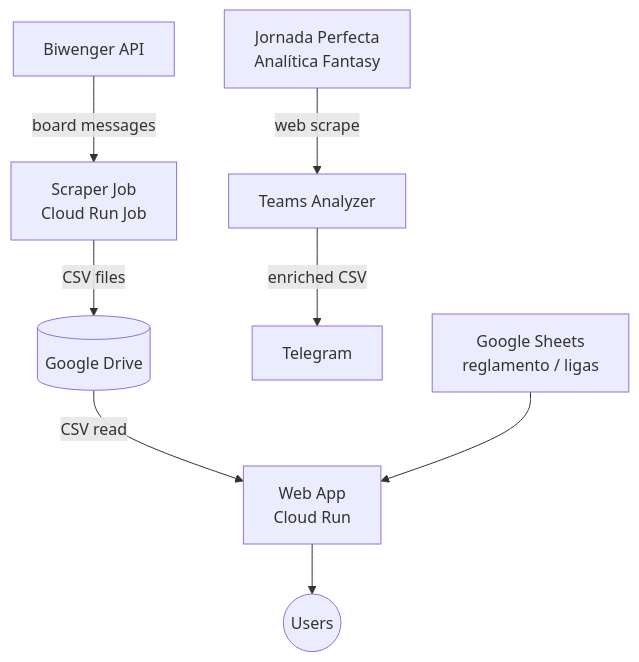
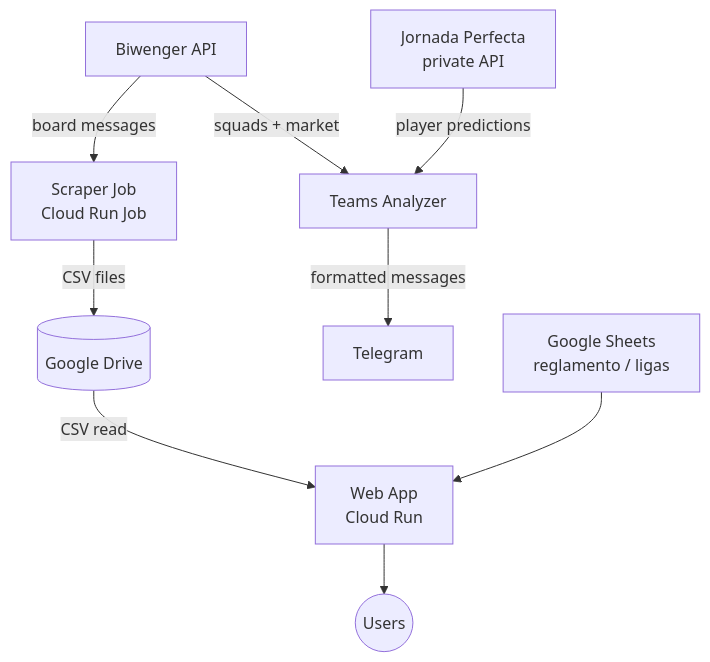
The diagram in README.md (jorgelillo7/lillorepo), drawn with Mermaid before and after one commit. The commit also changed other lines of this file and 61 other files, not shown here.

First line of the commit message:
feat(teams_analyzer): rewrite around JP private API + cross-cutting cleanup (#3)

````diff
--- a/README.md
+++ b/README.md
@@ -7,10 +7,11 @@
 ```mermaid
 graph TD
     API[Biwenger API] -->|board messages| SJ[Scraper Job\nCloud Run Job]
-    EXT[Jornada Perfecta\nAnalítica Fantasy] -->|web scrape| TA[Teams Analyzer]
+    JP[Jornada Perfecta\nprivate API] -->|player predictions| TA[Teams Analyzer]
+    API -->|squads + market| TA
     SJ -->|CSV files| GD[(Google Drive)]
     GD -->|CSV read| WEB[Web App\nCloud Run]
-    TA -->|enriched CSV| TG[Telegram]
+    TA -->|formatted messages| TG[Telegram]
     GS[Google Sheets\nreglamento / ligas] --> WEB
     WEB --> USR((Users))
 ```
````
